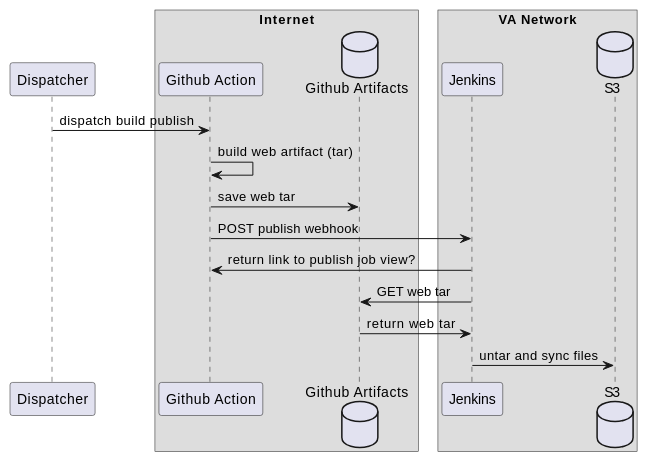
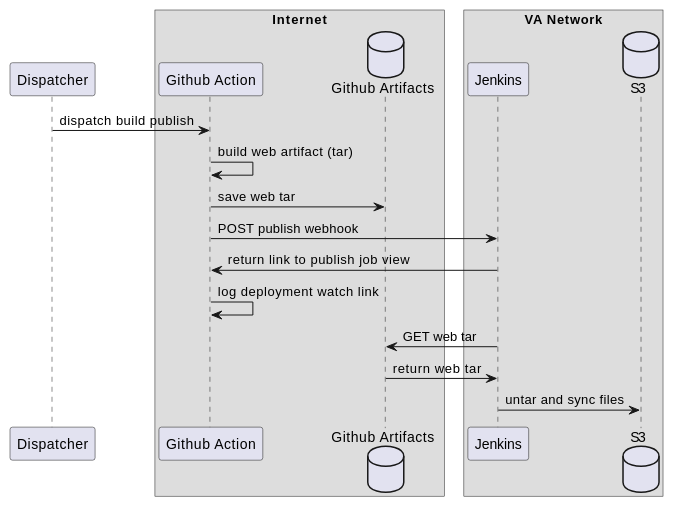
Before and after one commit to keyluck/lighthouse-backstage: the second of 4 diagrams in docs/deployment.md, drawn with PlantUML. The commit also changed other lines of this file, not shown here.

````diff
--- a/docs/deployment.md
+++ b/docs/deployment.md
@@ -34,19 +32,20 @@
 ```plantuml
 participant Dispatcher as dispatcher 
 box Internet 
 participant "Github Action" as builder
 database "Github Artifacts" as buildStorage
 end box
 box VA Network
 participant "Jenkins" as publisher
 database "S3" as hostStorage
 end box
 dispatcher->builder : dispatch build publish 
 builder->builder: build web artifact (tar)
 builder->buildStorage : save web tar
 builder->publisher: POST publish webhook
-publisher->builder : return link to publish job view?
+publisher->builder : return link to publish job view
+builder->builder : log deployment watch link
 publisher->buildStorage : GET web tar 
 buildStorage->publisher : return web tar
 publisher->hostStorage : untar and sync files
 ```
````
